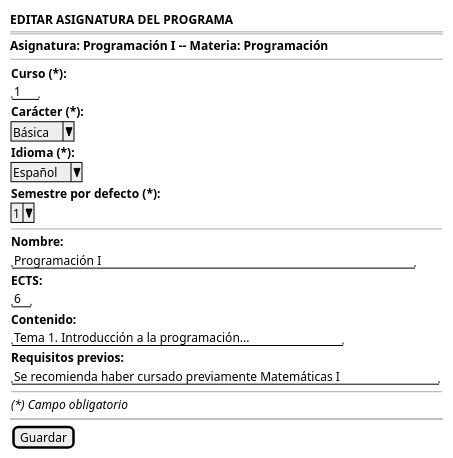
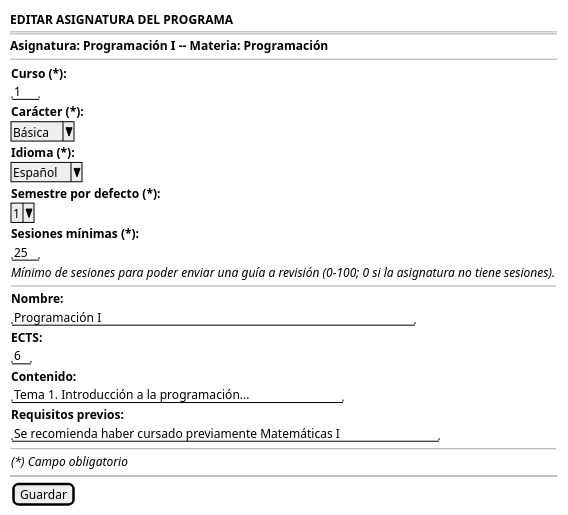
The first of 2 diagrams in RUP/01-requisitos/03-detalle-casos-uso/editarAsignaturaPrograma/wireframes.puml (mmasias/pyCeldaPublico), drawn with PlantUML before and after one commit. The commit also changed other lines of this file and 55 other files, not shown here.

Commit message:
docs: sincroniza el subconjunto público con pyCelda 8198361f (mínimo de sesiones en la AsignaturaPrograma, esquema 7, descripción de sesión multilínea, v0.11.49)

```diff
--- a/RUP/01-requisitos/03-detalle-casos-uso/editarAsignaturaPrograma/wireframes.puml
+++ b/RUP/01-requisitos/03-detalle-casos-uso/editarAsignaturaPrograma/wireframes.puml
@@ -1,31 +1,34 @@
 @startsalt editarAsignaturaPrograma-wireframe-completo
 {
     <b>EDITAR ASIGNATURA DEL PROGRAMA</b>
     ====
     <b>Asignatura: Programación I -- Materia: Programación</b>
     --
     {
         <b>Curso (*):</b>
         "1  "
         <b>Carácter (*):</b>
         ^Básica^
         <b>Idioma (*):</b>
         ^Español^
         <b>Semestre por defecto (*):</b>
         ^1^
+        <b>Sesiones mínimas (*):</b>
+        "25 "
+        <i>Mínimo de sesiones para poder enviar una guía a revisión (0-100; 0 si la asignatura no tiene sesiones).</i>
         --
         <b>Nombre:</b>
         "Programación I                                    "
         <b>ECTS:</b>
         "6 "
         <b>Contenido:</b>
         "Tema 1. Introducción a la programación..."
         <b>Requisitos previos:</b>
         "Se recomienda haber cursado previamente Matemáticas I"
         --
         <i>(*) Campo obligatorio</i>
     }
     ~~
     {[Guardar]}
 }
 @endsalt
```
